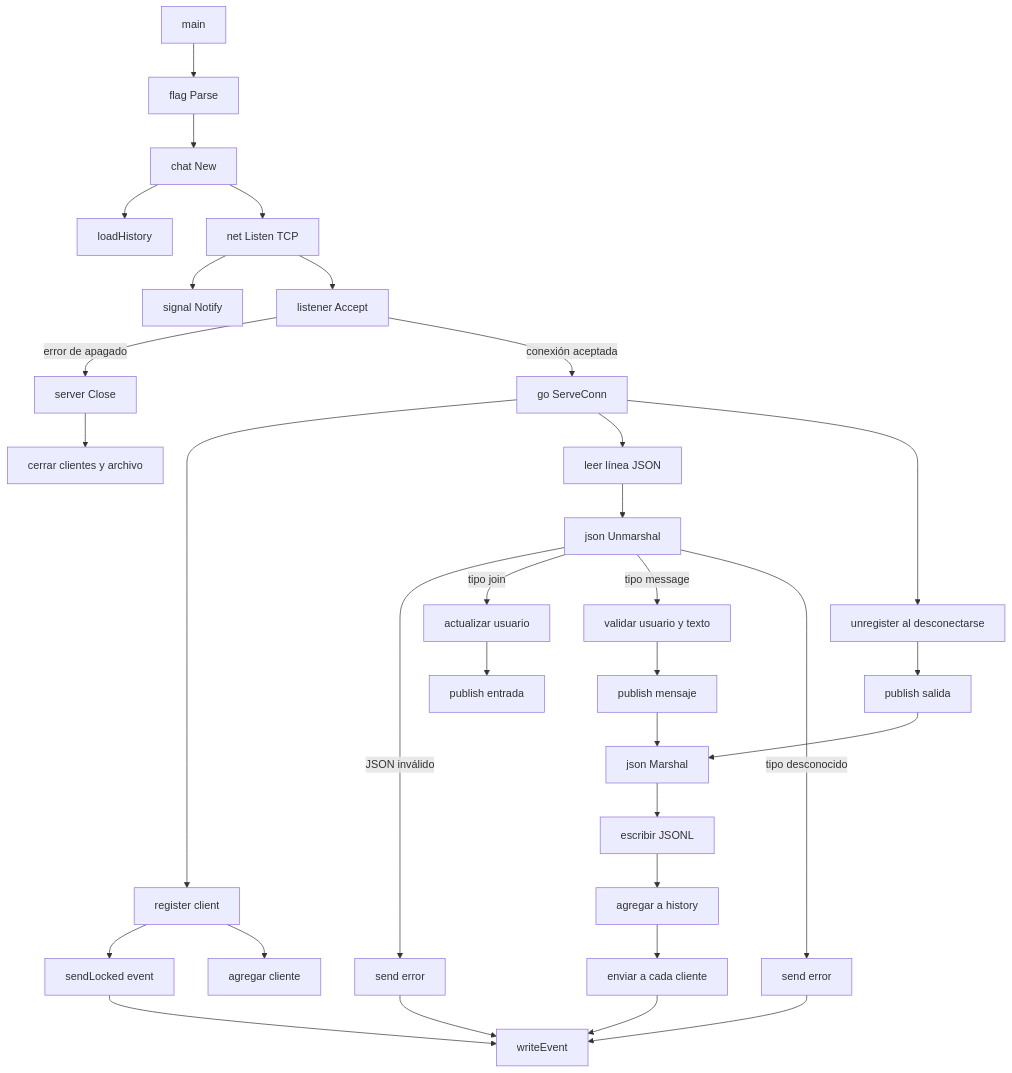
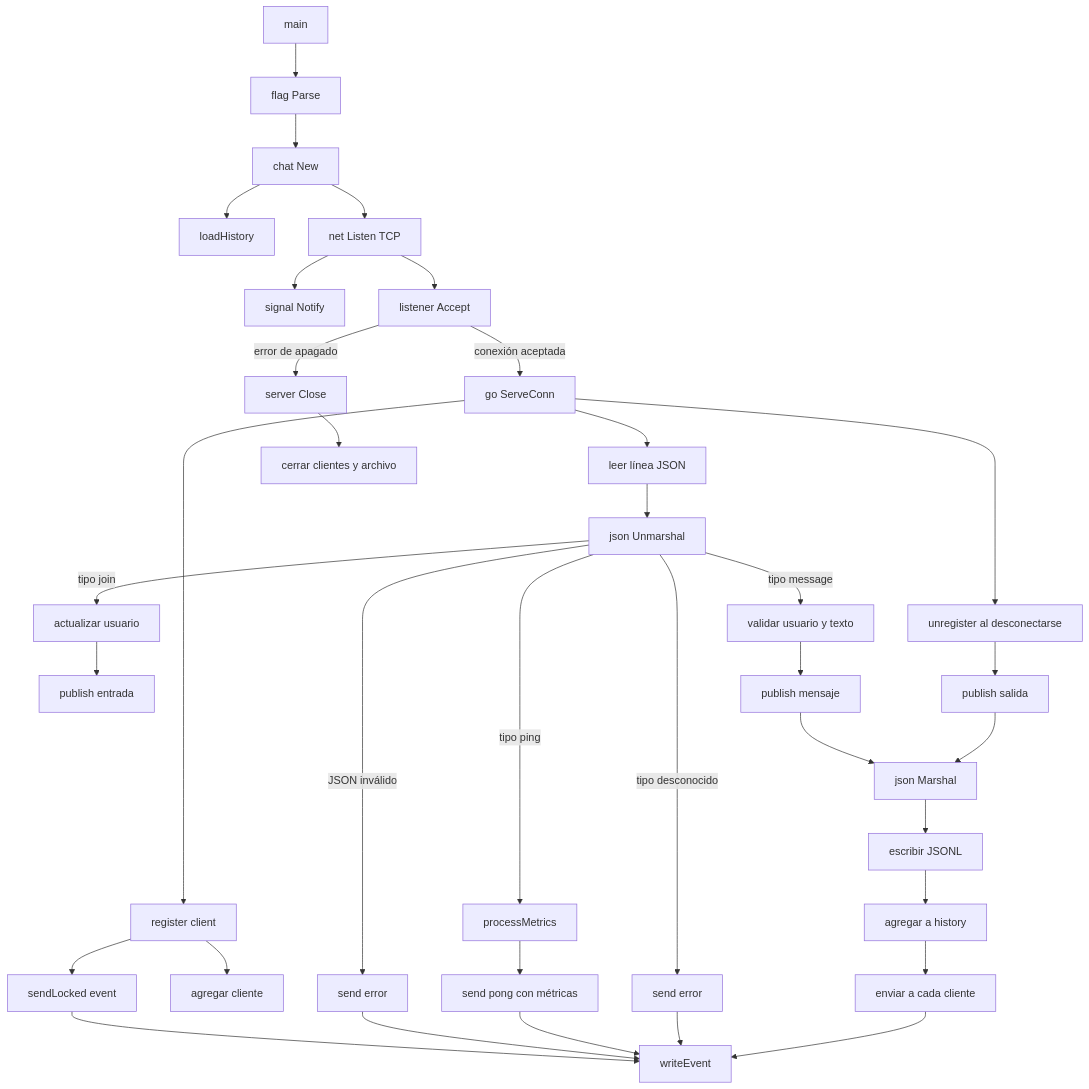
One commit to lbarragans/Servidor-Local-Chat changed the diagram in docs/server-callgraph.md. Above: the diagram before and after it, drawn with Mermaid. The commit also changed other lines of this file and 3 other files, not shown here.

Commit message:
Update callgraphs and interaction diagrams for ping/pong metrics

````diff
--- a/docs/server-callgraph.md
+++ b/docs/server-callgraph.md
@@ -9,35 +9,38 @@
 ```mermaid
 flowchart TD
     A[main] --> B[flag Parse]
     B --> C[chat New]
     C --> D[loadHistory]
     C --> E[net Listen TCP]
     E --> F[signal Notify]
     E --> G[listener Accept]
     G -->|error de apagado| H[server Close]
     G -->|conexión aceptada| I[go ServeConn]
 
     I --> J[register client]
     J --> K[sendLocked event]
     K --> L[writeEvent]
     J --> M[agregar cliente]
     I --> N[leer línea JSON]
     N --> O[json Unmarshal]
     O -->|JSON inválido| P[send error]
     P --> L
     O -->|tipo join| Q[actualizar usuario]
     Q --> R[publish entrada]
     O -->|tipo message| S[validar usuario y texto]
     S --> T[publish mensaje]
+    O -->|tipo ping| PG[processMetrics]
+    PG --> PH[send pong con métricas]
+    PH --> L
     O -->|tipo desconocido| U[send error]
     U --> L
     T --> V[json Marshal]
     V --> W[escribir JSONL]
     W --> X[agregar a history]
     X --> Y[enviar a cada cliente]
     Y --> L
     I --> Z[unregister al desconectarse]
     Z --> R2[publish salida]
     R2 --> V
     H --> H2[cerrar clientes y archivo]
 ```
````
